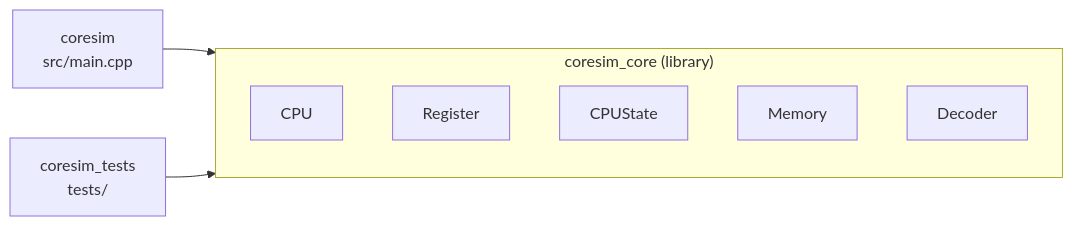
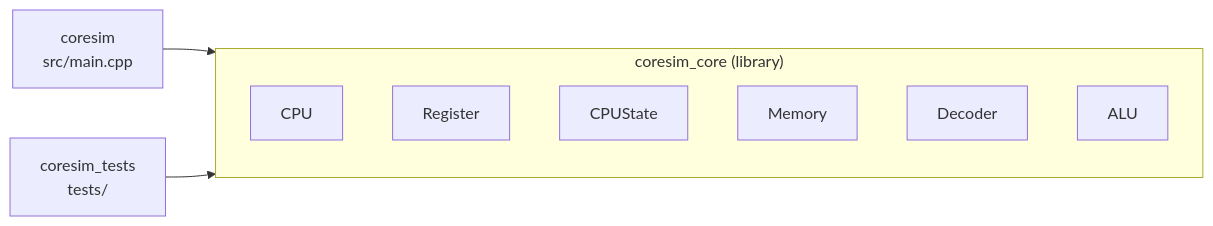
Before and after one commit to kpolet2010-hue/CoreSim: the first of 4 diagrams in docs/ARCHITECTURE.md, drawn with Mermaid. The commit also changed other lines of this file and 18 other files, not shown here.

````diff
--- a/docs/ARCHITECTURE.md
+++ b/docs/ARCHITECTURE.md
@@ -9,12 +9,13 @@
 ```mermaid
 flowchart LR
     subgraph lib["coresim_core (library)"]
         CPU
         Register
         CPUState
         Memory
         Decoder
+        ALU
     end
     main["coresim<br/>src/main.cpp"] --> lib
     tests["coresim_tests<br/>tests/"] --> lib
 ```
````
